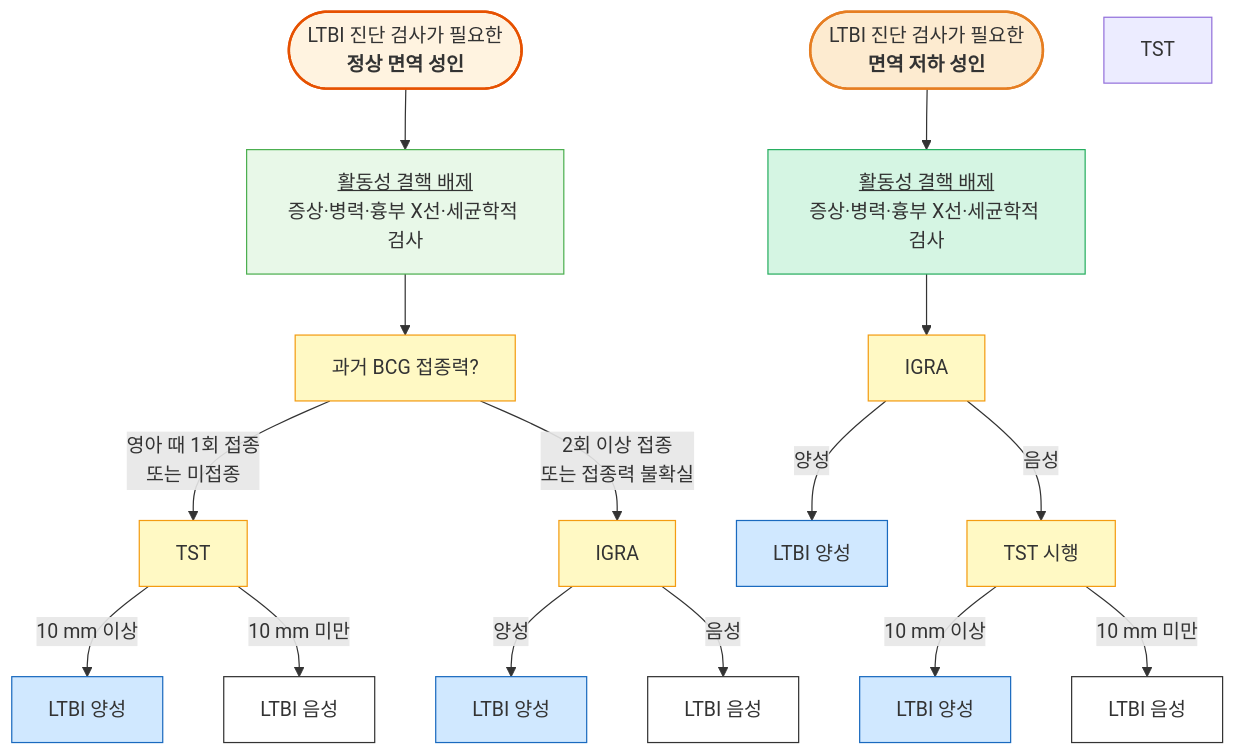
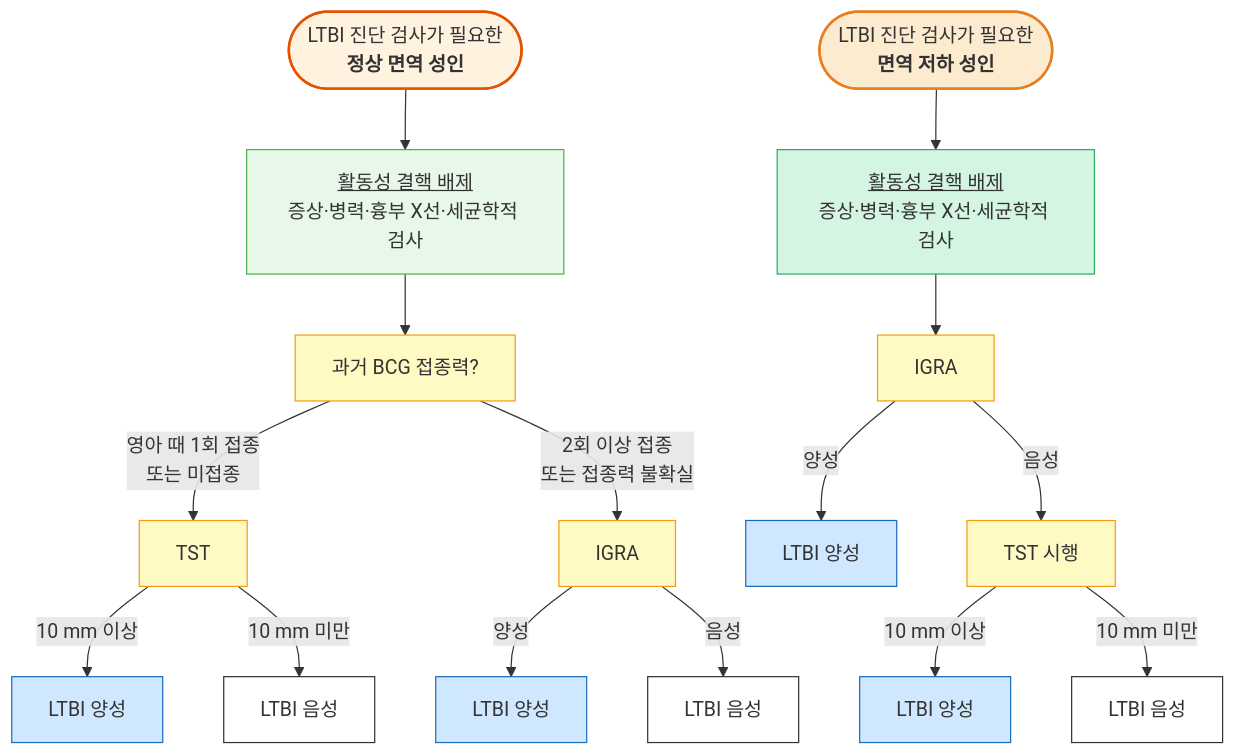
One commit to familyoh77/familyoh77 changed the third of 4 diagrams in 223_/070_-tuberculosis.md. Above: the diagram before and after it, drawn with Mermaid. The commit also changed 4 other files, not shown here.

````diff
--- a/223_/070_-tuberculosis.md
+++ b/223_/070_-tuberculosis.md
@@ -416,50 +416,49 @@
 ```mermaid
 graph TD
     %% 정상 면역 성인 경로
     SN(["LTBI 진단 검사가 필요한<br/><b>정상 면역 성인</b>"])
     ExcN["<u>활동성 결핵 배제</u><br/>증상·병력·흉부 X선·세균학적 검사"]
     BCG["과거 BCG 접종력?"]
     TST1["TST"]
     IGA1["IGRA"]
     PosN1["LTBI 양성"]
     NegN1["LTBI 음성"]
     PosN2["LTBI 양성"]
     NegN2["LTBI 음성"]
 
     SN --> ExcN --> BCG
     BCG -->|"영아 때 1회 접종<br/>또는 미접종"| TST1
     BCG -->|"2회 이상 접종<br/>또는 접종력 불확실"| IGA1
     TST1 -->|"10 mm 이상"| PosN1
     TST1 -->|"10 mm 미만"| NegN1
     IGA1 -->|양성| PosN2
     IGA1 -->|음성| NegN2
 
     %% 면역 저하 성인 경로
     SI(["LTBI 진단 검사가 필요한<br/><b>면역 저하 성인</b>"])
     ExcI["<u>활동성 결핵 배제</u><br/>증상·병력·흉부 X선·세균학적 검사"]
     IGA2["IGRA"]
-    TST2["TST"]
     PosI1["LTBI 양성"]
     NegIto["TST 시행"]
     PosI2["LTBI 양성"]
     NegI2["LTBI 음성"]
 
     SI --> ExcI --> IGA2
     IGA2 -->|양성| PosI1
     IGA2 -->|음성| NegIto 
     NegIto -->|"10 mm 이상"| PosI2
     NegIto -->|"10 mm 미만"| NegI2
 
 style SN fill:#fff3e0,stroke:#e65100,stroke-width:2px
 style SI fill:#fdebd0,stroke:#e67e22,stroke-width:2px
 style ExcN fill:#e8f8e8,stroke:#4caf50
 classDef green fill:#d5f5e3,stroke:#27ae60
 class ExcI green
 classDef yellow fill:#fff9c4,stroke:#f39c12
 class BCG,TST1,IGA1,IGA2,NegIto yellow
 classDef white fill:#fff,stroke:#333
 class NegI2,NegN1,NegN2 white
 classDef blue fill:#d0e8ff,stroke:#1a6abf
 class PosN1,PosN2,PosI1,PosI2 blue
 
 ```
````
